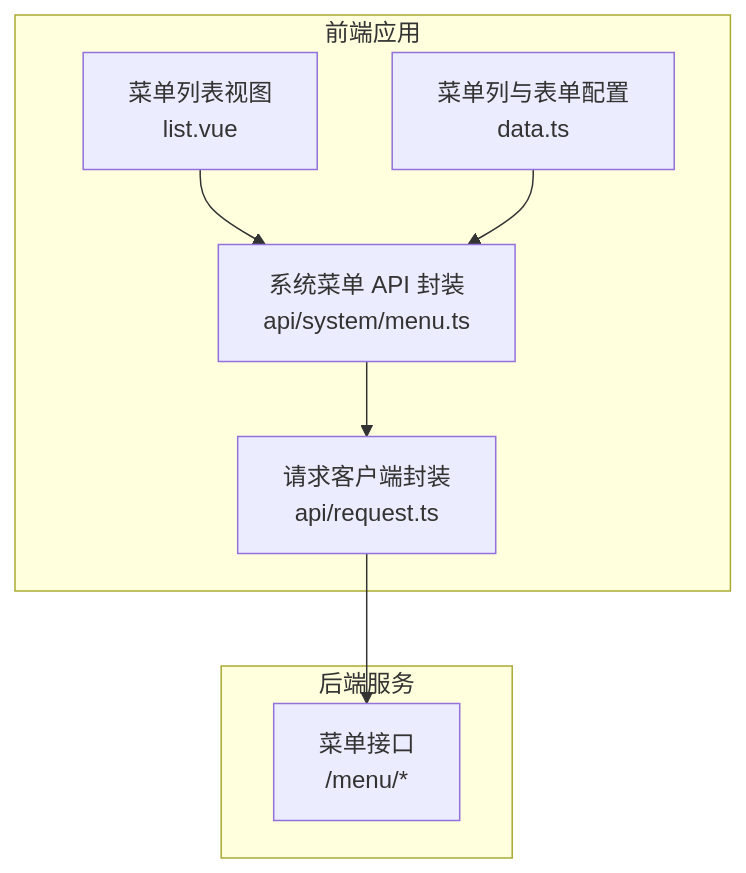
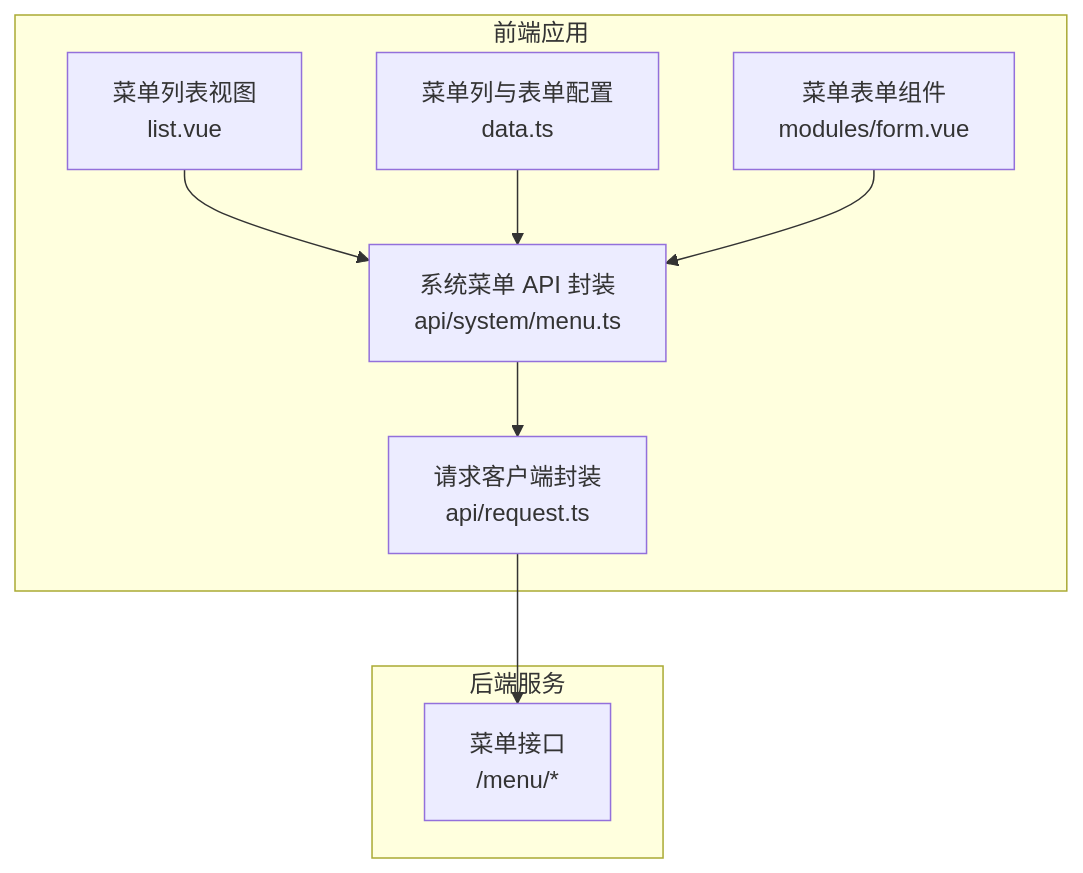
One commit to ShiRuYu/shiyu-ui changed the first of 3 diagrams in .qoder/repowiki/zh/content/API 通信层/API 模块组织/系统管理 API 模块/菜单管理 API.md. Above: the diagram before and after it, drawn with Mermaid. The commit also changed other lines of this file and 37 other files, not shown here.

````diff
--- a/.qoder/repowiki/zh/content/API 通信层/API 模块组织/系统管理 API 模块/菜单管理 API.md
+++ b/.qoder/repowiki/zh/content/API 通信层/API 模块组织/系统管理 API 模块/菜单管理 API.md
@@ -35,16 +52,18 @@
 ```mermaid
 graph TB
 subgraph "前端应用"
 FE_List["菜单列表视图<br/>list.vue"]
 FE_Data["菜单列与表单配置<br/>data.ts"]
+FE_Form["菜单表单组件<br/>modules/form.vue"]
 FE_API["系统菜单 API 封装<br/>api/system/menu.ts"]
 FE_Request["请求客户端封装<br/>api/request.ts"]
 end
 subgraph "后端服务"
 BE_API["菜单接口<br/>/menu/*"]
 end
 FE_List --> FE_API
 FE_Data --> FE_API
+FE_Form --> FE_API
 FE_API --> FE_Request
 FE_Request --> BE_API
 ```
````
